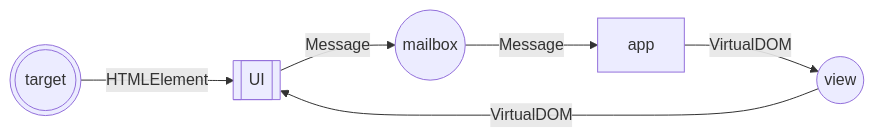
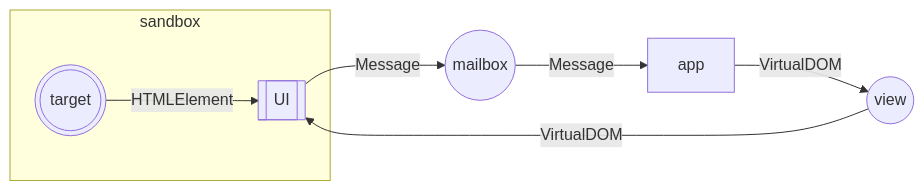
One commit to Gozala/workspace changed the diagram in journals/2024_06_14.md. Above: the diagram before and after it, drawn with Mermaid.

Commit message:
Auto saved by Logseq

````diff
--- a/journals/2024_06_14.md
+++ b/journals/2024_06_14.md
@@ -7,14 +7,16 @@
   ```mermaid
   flowchart LR
   target(((target)))
   view((view))
   mailbox((mailbox))
   UI[[UI]]
   app[app]
   
+  subgraph sandbox
   target -- HTMLElement --> UI
+  end
   view -- VirtualDOM --> UI
   UI -- Message --> mailbox 
   mailbox -- Message --> app
   app -- VirtualDOM --> view
   ```
````
